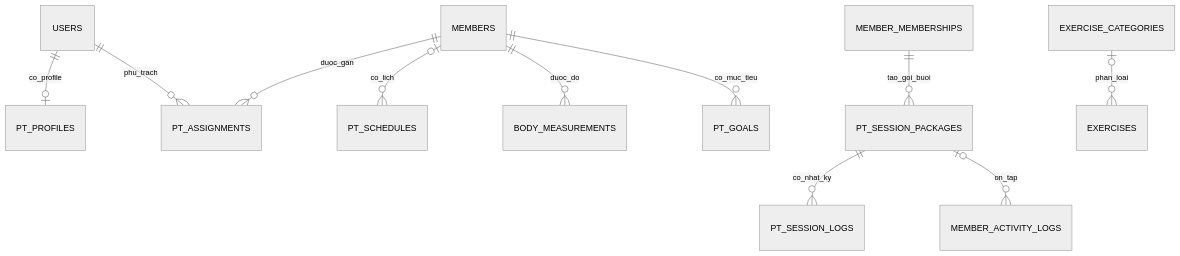
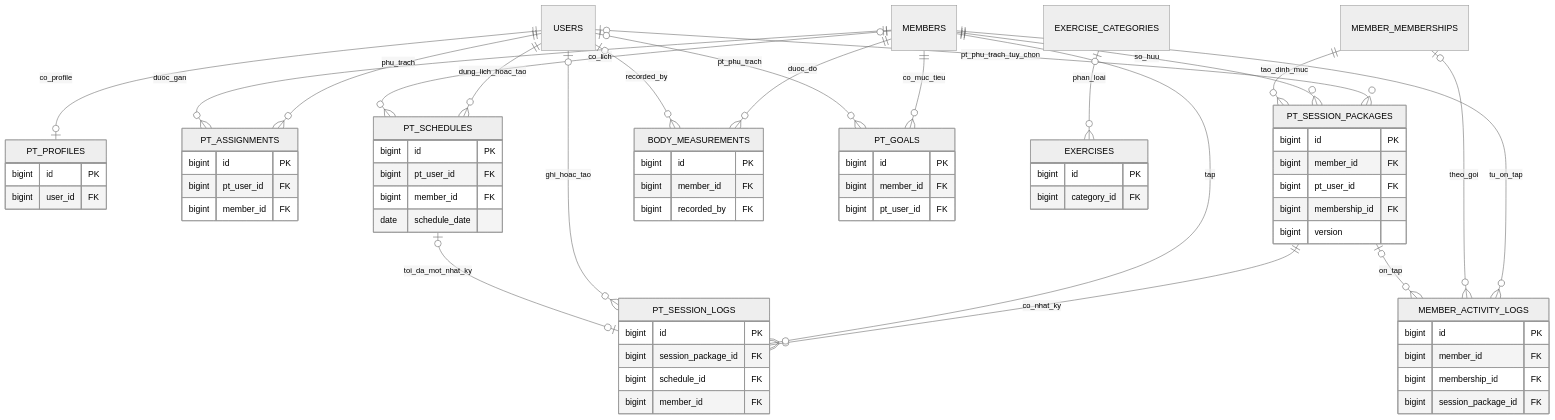
One commit to doanthetin193/gym-management-system changed diagram 14 of 14 in internship/final_report/bao-cao-tong-ket-do-an.md. Above: the diagram before and after it, drawn with Mermaid (neutral theme). The commit also changed other lines of this file and 55 other files, not shown here.

````diff
--- a/internship/final_report/bao-cao-tong-ket-do-an.md
+++ b/internship/final_report/bao-cao-tong-ket-do-an.md
@@ -789,13 +1049,72 @@
 ```mermaid
 erDiagram
     USERS ||--o| PT_PROFILES : co_profile
     USERS ||--o{ PT_ASSIGNMENTS : phu_trach
     MEMBERS ||--o{ PT_ASSIGNMENTS : duoc_gan
+    USERS ||--o{ PT_SCHEDULES : dung_lich_hoac_tao
     MEMBERS o|--o{ PT_SCHEDULES : co_lich
-    MEMBER_MEMBERSHIPS ||--o{ PT_SESSION_PACKAGES : tao_goi_buoi
+    USERS o|--o{ PT_SESSION_PACKAGES : pt_phu_trach_tuy_chon
+    MEMBERS ||--o{ PT_SESSION_PACKAGES : so_huu
+    MEMBER_MEMBERSHIPS ||--o{ PT_SESSION_PACKAGES : tao_dinh_muc
     PT_SESSION_PACKAGES ||--o{ PT_SESSION_LOGS : co_nhat_ky
+    MEMBERS ||--o{ PT_SESSION_LOGS : tap
+    USERS o|--o{ PT_SESSION_LOGS : ghi_hoac_tao
+    PT_SCHEDULES o|--o| PT_SESSION_LOGS : toi_da_mot_nhat_ky
+    MEMBERS ||--o{ MEMBER_ACTIVITY_LOGS : tu_on_tap
+    MEMBER_MEMBERSHIPS o|--o{ MEMBER_ACTIVITY_LOGS : theo_goi
     PT_SESSION_PACKAGES o|--o{ MEMBER_ACTIVITY_LOGS : on_tap
     MEMBERS ||--o{ BODY_MEASUREMENTS : duoc_do
+    USERS o|--o{ BODY_MEASUREMENTS : recorded_by
     MEMBERS ||--o{ PT_GOALS : co_muc_tieu
+    USERS o|--o{ PT_GOALS : pt_phu_trach
     EXERCISE_CATEGORIES o|--o{ EXERCISES : phan_loai
+
+    PT_PROFILES {
+        bigint id PK
+        bigint user_id FK
+    }
+    PT_ASSIGNMENTS {
+        bigint id PK
+        bigint pt_user_id FK
+        bigint member_id FK
+    }
+    PT_SCHEDULES {
+        bigint id PK
+        bigint pt_user_id FK
+        bigint member_id FK
+        date schedule_date
+    }
+    PT_SESSION_PACKAGES {
+        bigint id PK
+        bigint member_id FK
+        bigint pt_user_id FK
+        bigint membership_id FK
+        bigint version
+    }
+    PT_SESSION_LOGS {
+        bigint id PK
+        bigint session_package_id FK
+        bigint schedule_id FK
+        bigint member_id FK
+    }
+    MEMBER_ACTIVITY_LOGS {
+        bigint id PK
+        bigint member_id FK
+        bigint membership_id FK
+        bigint session_package_id FK
+    }
+    BODY_MEASUREMENTS {
+        bigint id PK
+        bigint member_id FK
+        bigint recorded_by FK
+    }
+    PT_GOALS {
+        bigint id PK
+        bigint member_id FK
+        bigint pt_user_id FK
+    }
+    EXERCISES {
+        bigint id PK
+        bigint category_id FK
+    }
 ```
````
